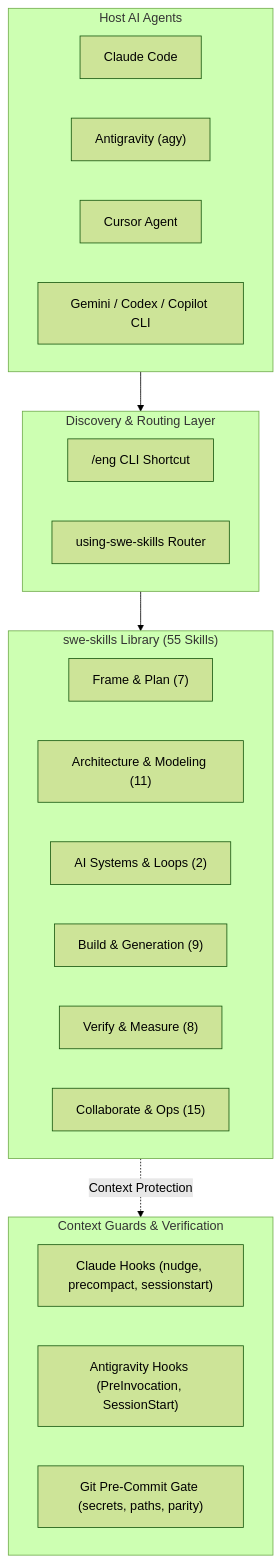
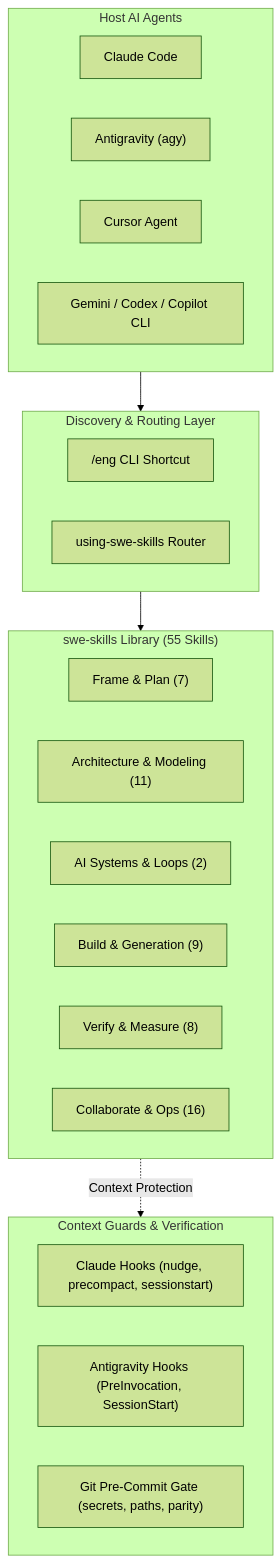
Before and after one commit to bsommers/swe-skills-2: the diagram in docs/usermanual/README.md, drawn with Mermaid (forest theme). The commit also changed other lines of this file and 6 other files, not shown here.

````diff
--- a/docs/usermanual/README.md
+++ b/docs/usermanual/README.md
@@ -36,33 +36,33 @@
 ```mermaid
 flowchart TD
     subgraph AgentHosts["Host AI Agents"]
         Claude["Claude Code"]
         Agy["Antigravity (agy)"]
         Cursor["Cursor Agent"]
         Other["Gemini / Codex / Copilot CLI"]
     end
 
     subgraph RouterLayer["Discovery & Routing Layer"]
         Eng["/eng CLI Shortcut"]
         UsingSwe["using-swe-skills Router"]
     end
 
     subgraph SkillSuite["swe-skills Library (55 Skills)"]
         Plan["Frame & Plan (7)"]
         Arch["Architecture & Modeling (11)"]
         AI["AI Systems & Loops (2)"]
         Build["Build & Generation (9)"]
         Verify["Verify & Measure (8)"]
-        Ops["Collaborate & Ops (15)"]
+        Ops["Collaborate & Ops (16)"]
     end
 
     subgraph RuntimeHooks["Context Guards & Verification"]
         ClaudeHooks["Claude Hooks (nudge, precompact, sessionstart)"]
         AgyHooks["Antigravity Hooks (PreInvocation, SessionStart)"]
         GitHooks["Git Pre-Commit Gate (secrets, paths, parity)"]
     end
 
     AgentHosts --> RouterLayer
     RouterLayer --> SkillSuite
     SkillSuite -. Context Protection .-> RuntimeHooks
 ```
````
